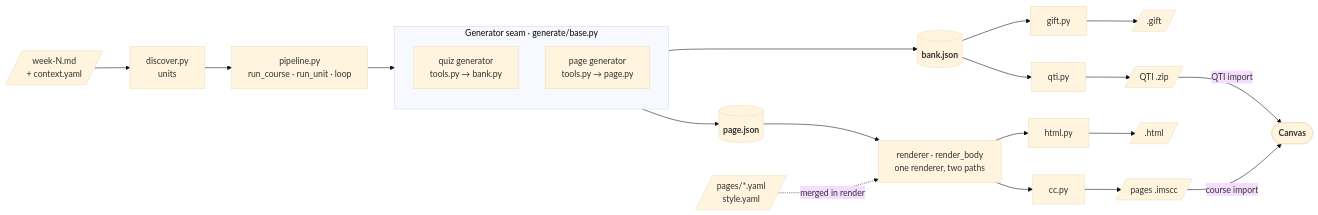
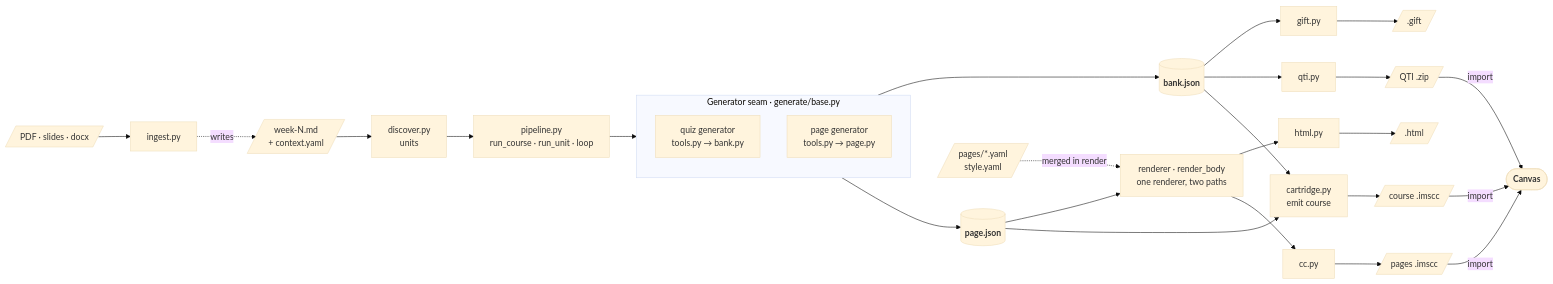
One commit to andrew-atkinson/quizbot changed the second of 3 diagrams in agent/architecture.md. Above: the diagram before and after it, drawn with Mermaid (base theme). The commit also changed other lines of this file and 2 other files, not shown here.

First line of the commit message:
docs: bring README/architecture current + triage the backlog

````diff
--- a/agent/architecture.md
+++ b/agent/architecture.md
@@ -70,27 +81,34 @@
 ```mermaid
 flowchart LR
+    docs[/"PDF · slides · docx"/] --> ing["ingest.py"]
+    ing -. "writes" .-> md
     md[/"week-N.md<br/>+ context.yaml"/] --> disc["discover.py<br/>units"]
     disc --> pipe["pipeline.py<br/>run_course · run_unit · loop"]
 
     subgraph SEAM [" Generator seam · generate/base.py "]
         direction TB
         qgen["quiz generator<br/>tools.py → bank.py"]
         pgen["page generator<br/>tools.py → page.py"]
     end
     pipe --> SEAM
 
     qgen --> bank[("<b>bank.json</b>")]
     pgen --> page[("<b>page.json</b>")]
 
     bank --> gift["gift.py"] --> gout[/".gift"/]
     bank --> qti["qti.py"] --> zip[/"QTI .zip"/]
 
     page --> render["renderer · render_body<br/>one renderer, two paths"]
     render --> html["html.py"] --> hout[/".html"/]
     render --> cc["cc.py"] --> imscc[/"pages .imscc"/]
 
+    bank --> crt["cartridge.py<br/>emit course"]
+    page --> crt
+    crt --> crs[/"course .imscc"/]
+
     supp[/"pages/*.yaml<br/>style.yaml"/] -. "merged in render" .-> render
 
-    zip -- "QTI import" --> canvas(["<b>Canvas</b>"])
-    imscc -- "course import" --> canvas
+    zip -- "import" --> canvas(["<b>Canvas</b>"])
+    imscc -- "import" --> canvas
+    crs -- "import" --> canvas
 ```
````
